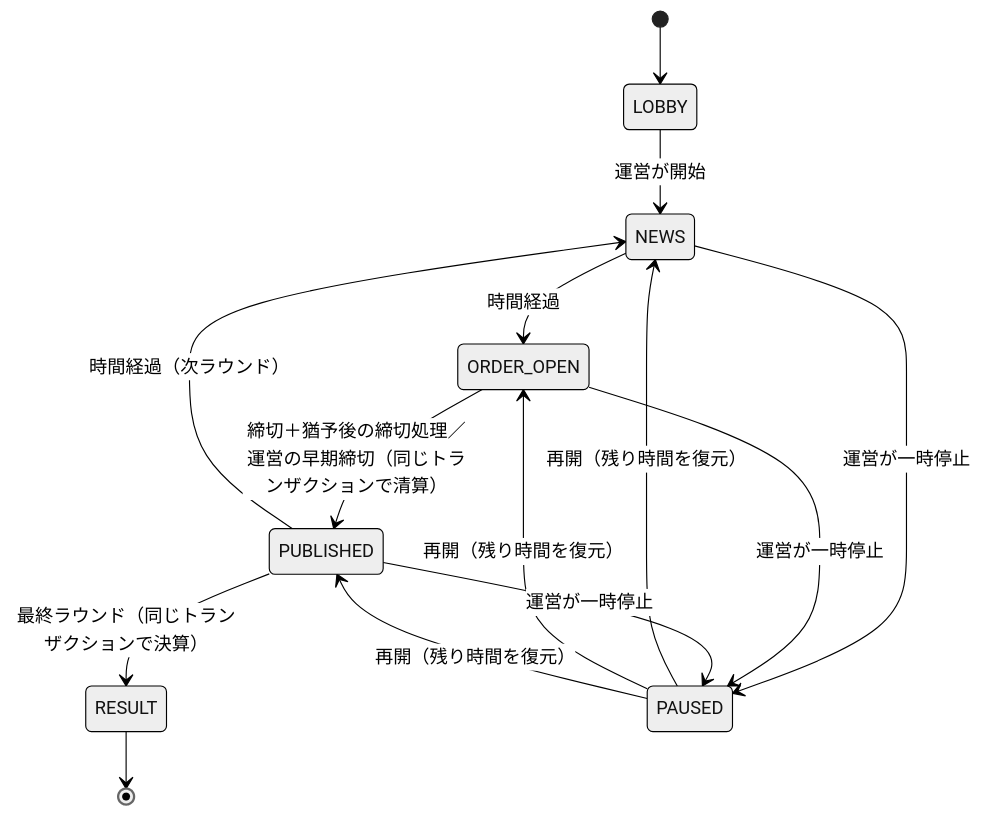
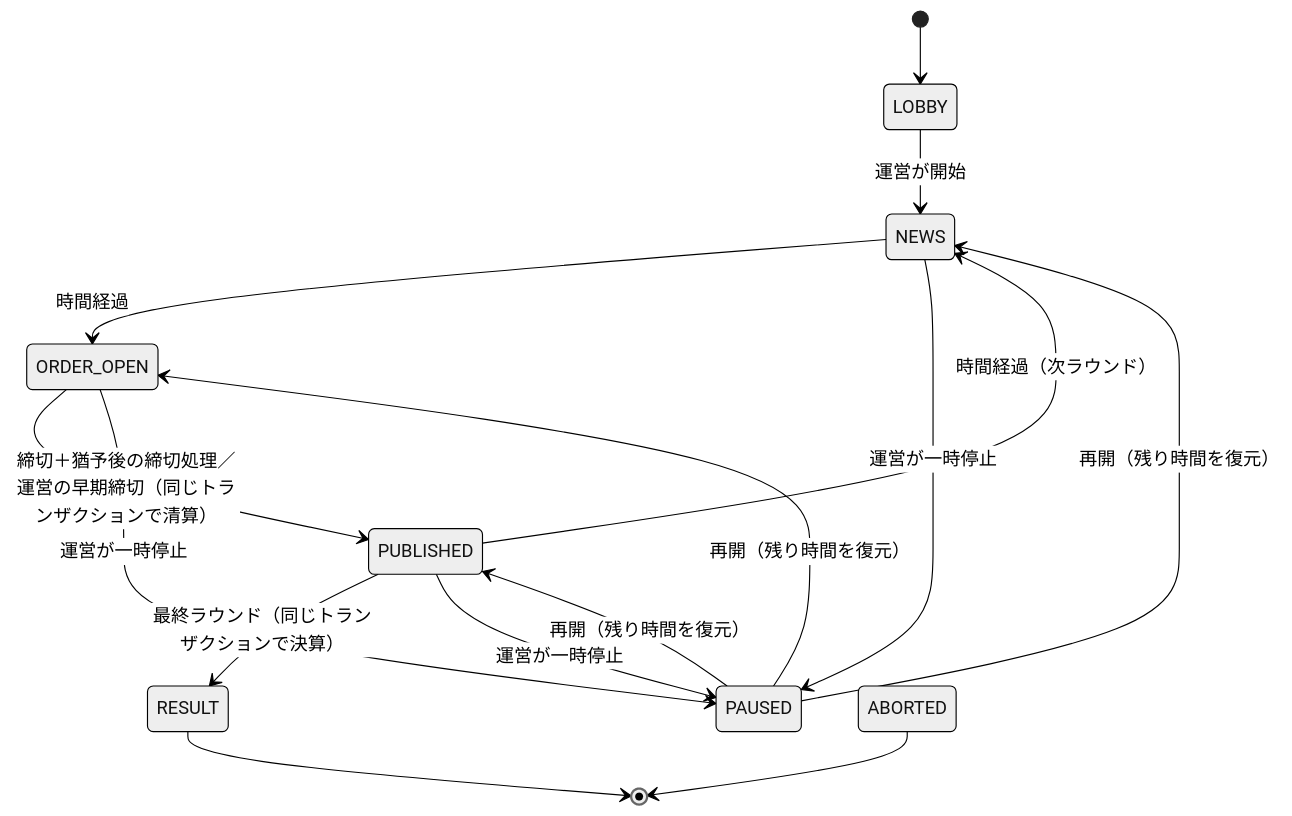
One commit to TIshow/fantasy-finance-rpg changed the second of 2 diagrams in docs/ARCHITECTURE.md. Above: the diagram before and after it, drawn with Mermaid (neutral theme). The commit also changed other lines of this file and 49 other files, not shown here.

````diff
--- a/docs/ARCHITECTURE.md
+++ b/docs/ARCHITECTURE.md
@@ -92,16 +101,17 @@
 ```mermaid
 stateDiagram-v2
   [*] --> LOBBY
   LOBBY --> NEWS: 運営が開始
   NEWS --> ORDER_OPEN: 時間経過
   ORDER_OPEN --> PUBLISHED: 締切＋猶予後の締切処理／運営の早期締切（同じトランザクションで清算）
   PUBLISHED --> NEWS: 時間経過（次ラウンド）
   PUBLISHED --> RESULT: 最終ラウンド（同じトランザクションで決算）
   NEWS --> PAUSED: 運営が一時停止
   ORDER_OPEN --> PAUSED: 運営が一時停止
   PUBLISHED --> PAUSED: 運営が一時停止
   PAUSED --> NEWS: 再開（残り時間を復元）
   PAUSED --> ORDER_OPEN: 再開（残り時間を復元）
   PAUSED --> PUBLISHED: 再開（残り時間を復元）
   RESULT --> [*]
+  ABORTED --> [*]
 ```
````
